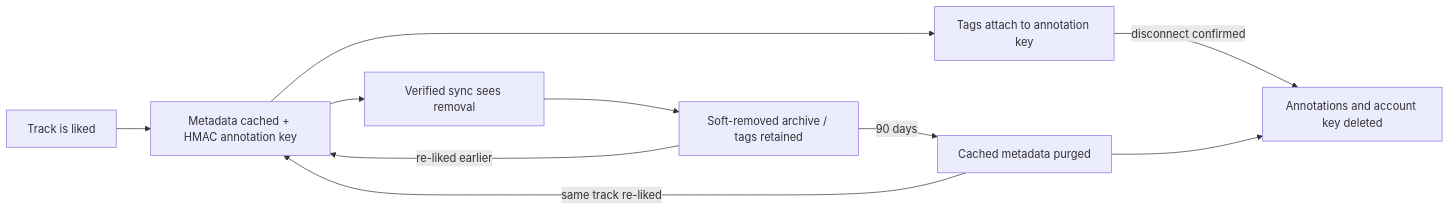
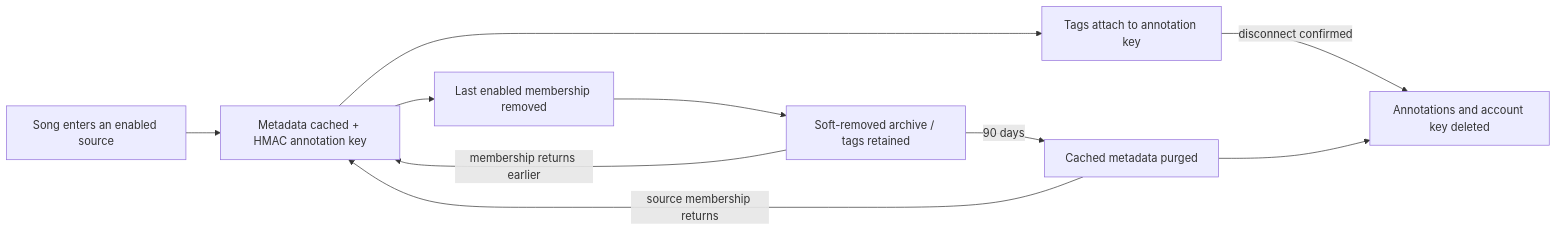
One commit to CarterKFalkenberg/spotify-plus changed the diagram in docs/architecture/diagrams/05.mmd. Above: the diagram before and after it, drawn with Mermaid. The commit also changed 14 other files, not shown here.

Commit message:
Synchronize architecture handbook walkthrough and rendered source diagrams

```diff
--- a/docs/architecture/diagrams/05.mmd
+++ b/docs/architecture/diagrams/05.mmd
@@ -1,10 +1,10 @@
 flowchart LR
- L[Track is liked] --> C[Metadata cached + HMAC annotation key]
+ L[Song enters an enabled source] --> C[Metadata cached + HMAC annotation key]
  C --> T[Tags attach to annotation key]
- C --> R[Verified sync sees removal]
+ C --> R[Last enabled membership removed]
  R --> A[Soft-removed archive / tags retained]
  A -->|90 days| M[Cached metadata purged]
- M -->|same track re-liked| C
- A -->|re-liked earlier| C
+ M -->|source membership returns| C
+ A -->|membership returns earlier| C
  T -->|disconnect confirmed| X[Annotations and account key deleted]
  M --> X
```
